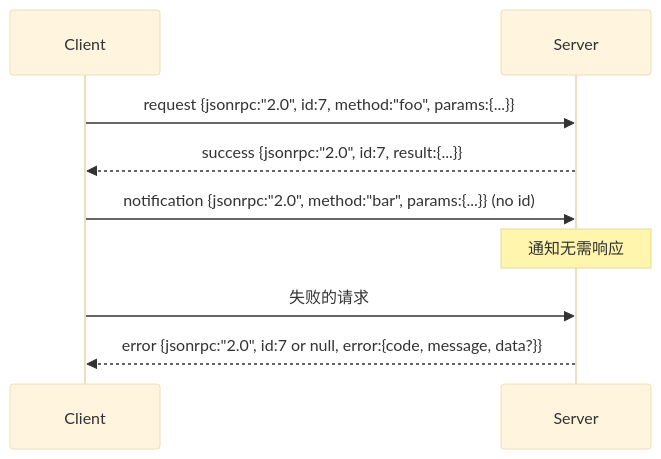
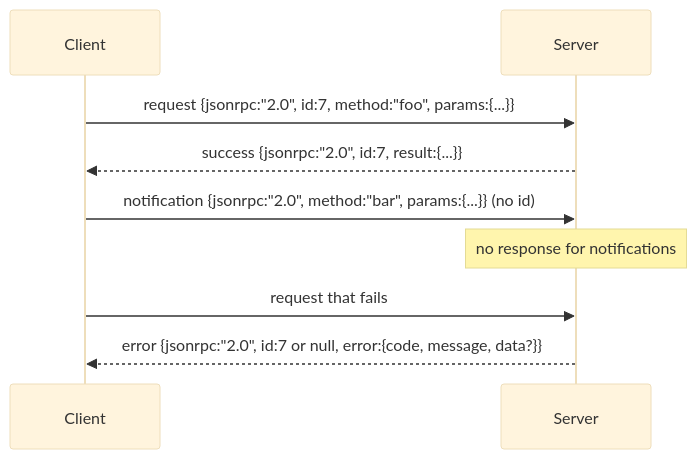
Before and after one commit to xiaojiaenen/ai-engineering-from-scratch-zh: the diagram in i18n/zh/phases/19-capstone-projects/22-jsonrpc-stdio-transport/docs/zh.md, drawn with Mermaid (base theme). The commit also changed other lines of this file and 85 other files, not shown here.

````diff
--- a/i18n/zh/phases/19-capstone-projects/22-jsonrpc-stdio-transport/docs/zh.md
+++ b/i18n/zh/phases/19-capstone-projects/22-jsonrpc-stdio-transport/docs/zh.md
@@ -31,11 +31,11 @@
 ```mermaid
 sequenceDiagram
     participant Client
     participant Server
     Client->>Server: request {jsonrpc:"2.0", id:7, method:"foo", params:{...}}
     Server-->>Client: success {jsonrpc:"2.0", id:7, result:{...}}
     Client->>Server: notification {jsonrpc:"2.0", method:"bar", params:{...}} (no id)
-    Note over Server: 通知无需响应
-    Client->>Server: 失败的请求
+    Note over Server: no response for notifications
+    Client->>Server: request that fails
     Server-->>Client: error {jsonrpc:"2.0", id:7 or null, error:{code, message, data?}}
 ```
````
